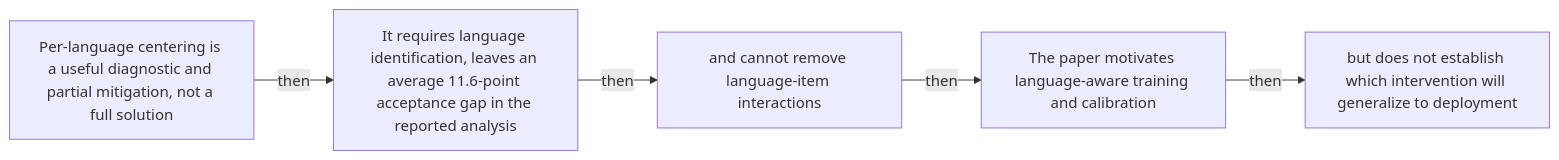
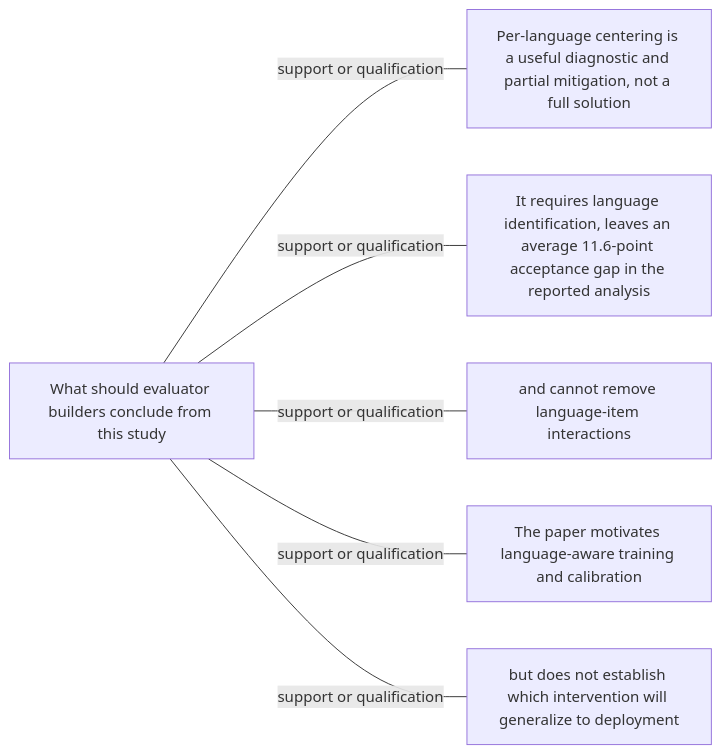
Diagram 48 of 48 in docs/visual-manifests/VISUAL_MANIFEST_LLM_EVALUATORS_LANGUAGES.md (Betancourt1/paper_atlas), drawn with Mermaid before and after one commit. The commit also changed other lines of this file and 7 other files, not shown here.

````diff
--- a/docs/visual-manifests/VISUAL_MANIFEST_LLM_EVALUATORS_LANGUAGES.md
+++ b/docs/visual-manifests/VISUAL_MANIFEST_LLM_EVALUATORS_LANGUAGES.md
@@ -4018,12 +4031,14 @@
 ```mermaid
 flowchart LR
-  n1["Per-language centering is a useful diagnostic and partial mitigation, not a full solution"]
-  n2["It requires language identification, leaves an average 11.6-point acceptance gap in the reported analysis"]
-  n3["and cannot remove language-item interactions"]
-  n4["The paper motivates language-aware training and calibration"]
-  n5["but does not establish which intervention will generalize to deployment"]
-  n1 -->|"then"| n2
-  n2 -->|"then"| n3
-  n3 -->|"then"| n4
-  n4 -->|"then"| n5
+  center["What should evaluator builders conclude from this study"]
+  f1["Per-language centering is a useful diagnostic and partial mitigation, not a full solution"]
+  f2["It requires language identification, leaves an average 11.6-point acceptance gap in the reported analysis"]
+  f3["and cannot remove language-item interactions"]
+  f4["The paper motivates language-aware training and calibration"]
+  f5["but does not establish which intervention will generalize to deployment"]
+  center ---|"support or qualification"| f1
+  center ---|"support or qualification"| f2
+  center ---|"support or qualification"| f3
+  center ---|"support or qualification"| f4
+  center ---|"support or qualification"| f5
 ```
````
